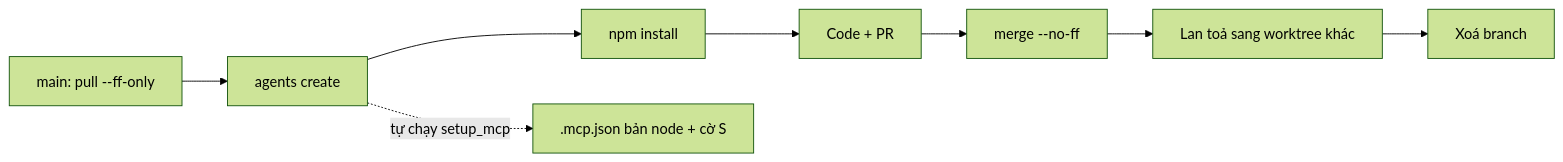
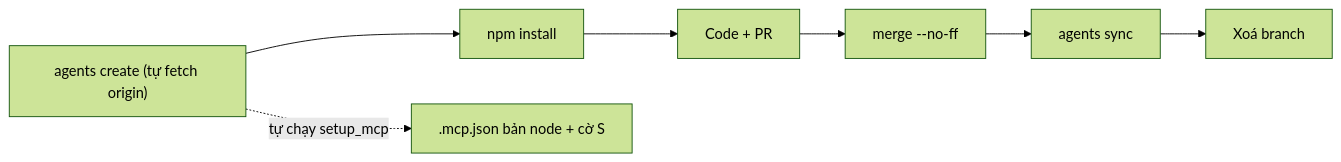
The first of 2 diagrams in docs/agents-worktree-playbook.md (PinNguyen9x/pinit), drawn with Mermaid (forest theme) before and after one commit. The commit also changed other lines of this file and 1 other file, not shown here.

First line of the commit message:
docs(agents): sửa bước A — create không cần pull main trước

````diff
--- a/docs/agents-worktree-playbook.md
+++ b/docs/agents-worktree-playbook.md
@@ -13,10 +13,9 @@
 ```mermaid
 flowchart LR
-  A["main: pull --ff-only"] --> B["agents create"]
-  B --> C["npm install"]
+  B["agents create (tự fetch origin)"] --> C["npm install"]
   C --> D["Code + PR"]
   D --> E["merge --no-ff"]
-  E --> F["Lan toả sang worktree khác"]
+  E --> F["agents sync"]
   F --> G["Xoá branch"]
   B -.->|"tự chạy setup_mcp"| M[".mcp.json bản node + cờ S"]
 ```
````
